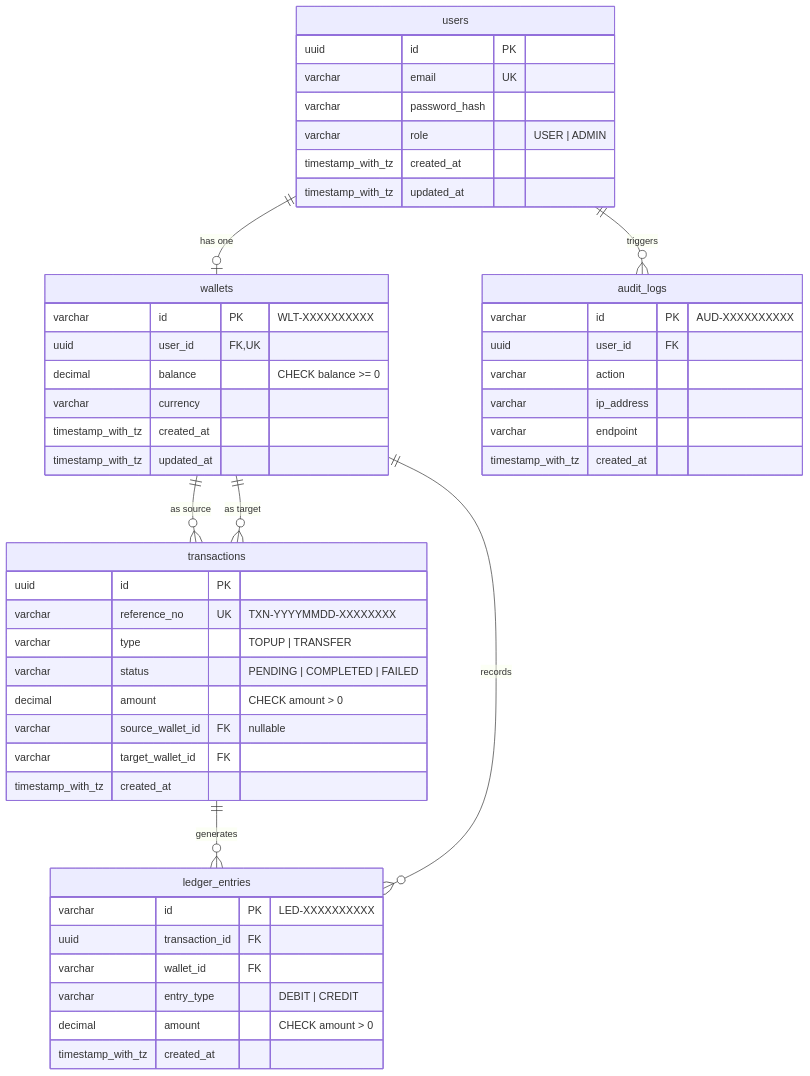
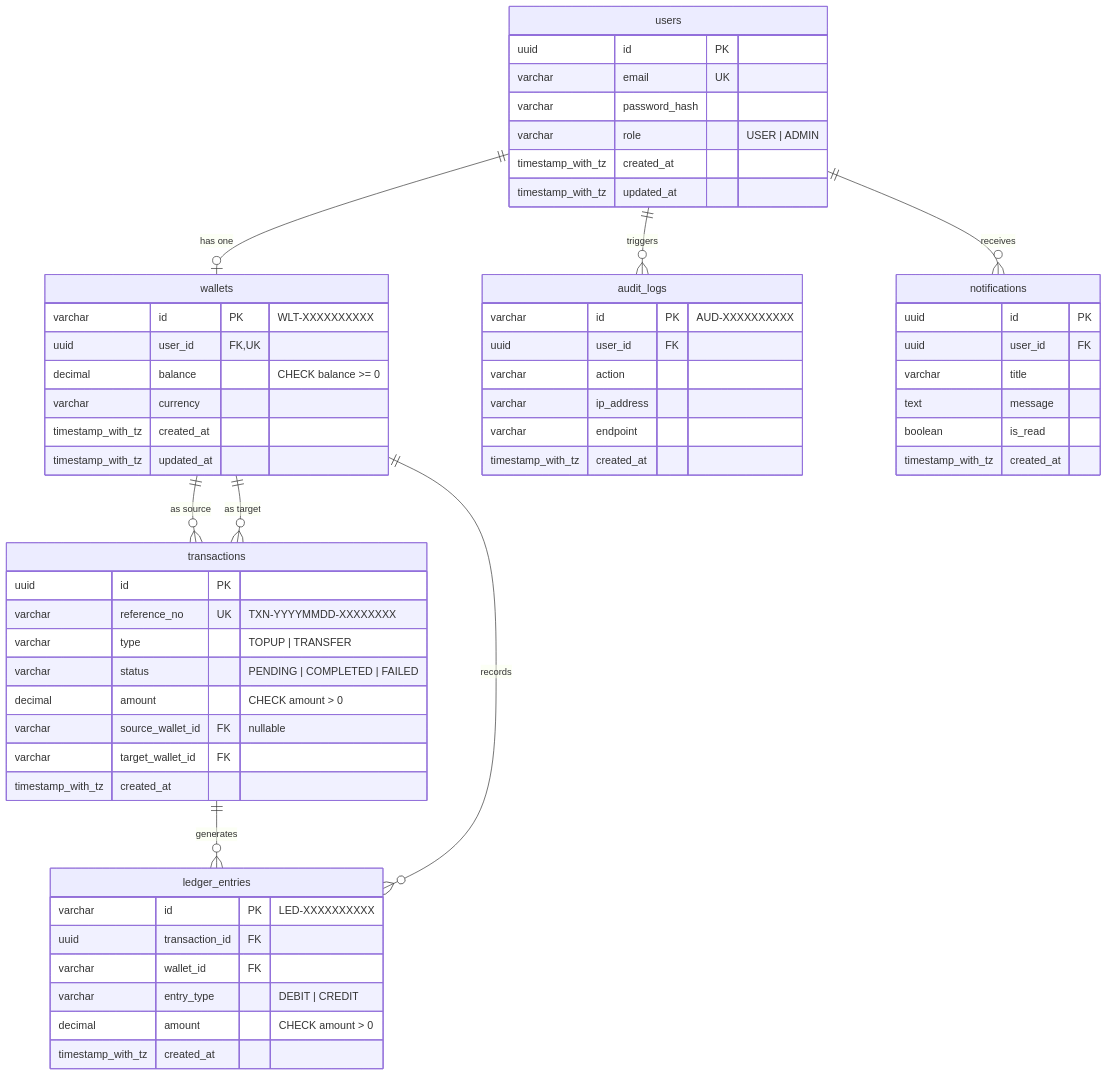
One commit to marcceljanara/Wallet-Ledger-Service changed the diagram in README.md. Above: the diagram before and after it, drawn with Mermaid. The commit also changed other lines of this file and 1 other file, not shown here.

Commit message:
docs: update README.md and apispec.json with push notifications endpoints

````diff
--- a/README.md
+++ b/README.md
@@ -176,56 +177,66 @@
 ```mermaid
 erDiagram
     users {
         uuid id PK
         varchar email UK
         varchar password_hash
         varchar role "USER | ADMIN"
         timestamp_with_tz created_at
         timestamp_with_tz updated_at
     }
 
     wallets {
         varchar id PK "WLT-XXXXXXXXXX"
         uuid user_id FK, UK
         decimal balance "CHECK balance >= 0"
         varchar currency
         timestamp_with_tz created_at
         timestamp_with_tz updated_at
     }
 
     transactions {
         uuid id PK
         varchar reference_no UK "TXN-YYYYMMDD-XXXXXXXX"
         varchar type "TOPUP | TRANSFER"
         varchar status "PENDING | COMPLETED | FAILED"
         decimal amount "CHECK amount > 0"
         varchar source_wallet_id FK "nullable"
         varchar target_wallet_id FK
         timestamp_with_tz created_at
     }
 
     ledger_entries {
         varchar id PK "LED-XXXXXXXXXX"
         uuid transaction_id FK
         varchar wallet_id FK
         varchar entry_type "DEBIT | CREDIT"
         decimal amount "CHECK amount > 0"
         timestamp_with_tz created_at
     }
 
     audit_logs {
         varchar id PK "AUD-XXXXXXXXXX"
         uuid user_id FK
         varchar action
         varchar ip_address
         varchar endpoint
         timestamp_with_tz created_at
     }
 
+    notifications {
+        uuid id PK
+        uuid user_id FK
+        varchar title
+        text message
+        boolean is_read
+        timestamp_with_tz created_at
+    }
+
     users ||--o| wallets : "has one"
     users ||--o{ audit_logs : "triggers"
+    users ||--o{ notifications : "receives"
     wallets ||--o{ transactions : "as source"
     wallets ||--o{ transactions : "as target"
     transactions ||--o{ ledger_entries : "generates"
     wallets ||--o{ ledger_entries : "records"
 ```
````
